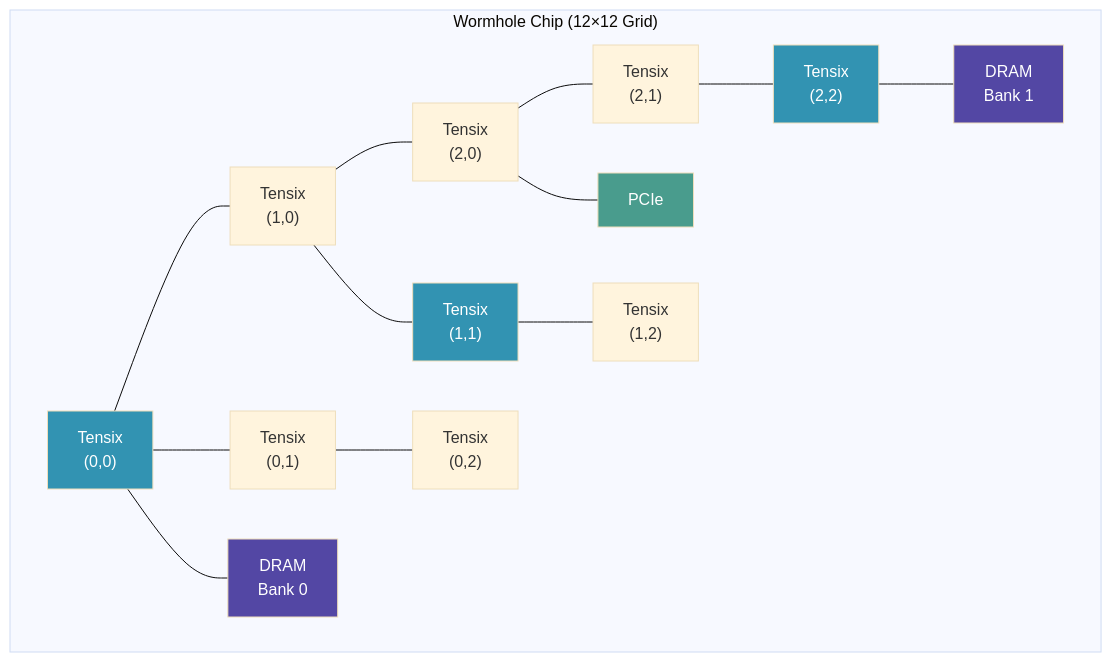
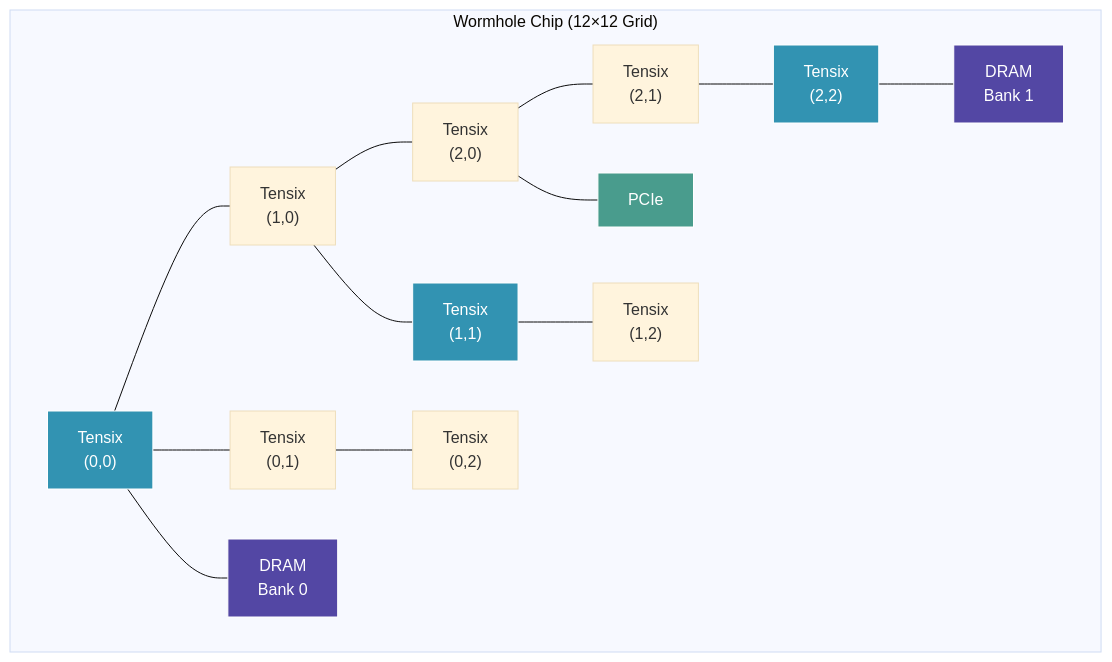
One commit to tenstorrent/tt-vscode-toolkit changed the second of 2 diagrams in content/lessons/cs-fundamentals-04-networks.md. Above: the diagram before and after it, drawn with Mermaid (base theme). The commit also changed other lines of this file and 37 other files, not shown here.

````diff
--- a/content/lessons/cs-fundamentals-04-networks.md
+++ b/content/lessons/cs-fundamentals-04-networks.md
@@ -262,24 +262,24 @@
 ```mermaid
 graph TD
     subgraph "Wormhole Chip (12×12 Grid)"
     T00["Tensix<br/>(0,0)"] --- T01["Tensix<br/>(1,0)"]
     T01 --- T02["Tensix<br/>(2,0)"]
     T00 --- T10["Tensix<br/>(0,1)"]
     T01 --- T11["Tensix<br/>(1,1)"]
     T02 --- T12["Tensix<br/>(2,1)"]
     T10 --- T20["Tensix<br/>(0,2)"]
     T11 --- T21["Tensix<br/>(1,2)"]
     T12 --- T22["Tensix<br/>(2,2)"]
 
     T00 --- DRAM0["DRAM<br/>Bank 0"]
     T02 --- PCIE["PCIe"]
     T22 --- DRAM1["DRAM<br/>Bank 1"]
     end
 
-    style T00 fill:#3293b2,color:#fff
-    style T11 fill:#3293b2,color:#fff
-    style T22 fill:#3293b2,color:#fff
-    style DRAM0 fill:#5347a4,color:#fff
-    style DRAM1 fill:#5347a4,color:#fff
-    style PCIE fill:#499c8d,color:#fff
+    style T00 fill:#3293b2,stroke:#fff,color:#fff
+    style T11 fill:#3293b2,stroke:#fff,color:#fff
+    style T22 fill:#3293b2,stroke:#fff,color:#fff
+    style DRAM0 fill:#5347a4,stroke:#fff,color:#fff
+    style DRAM1 fill:#5347a4,stroke:#fff,color:#fff
+    style PCIE fill:#499c8d,stroke:#fff,color:#fff
 ```
````
